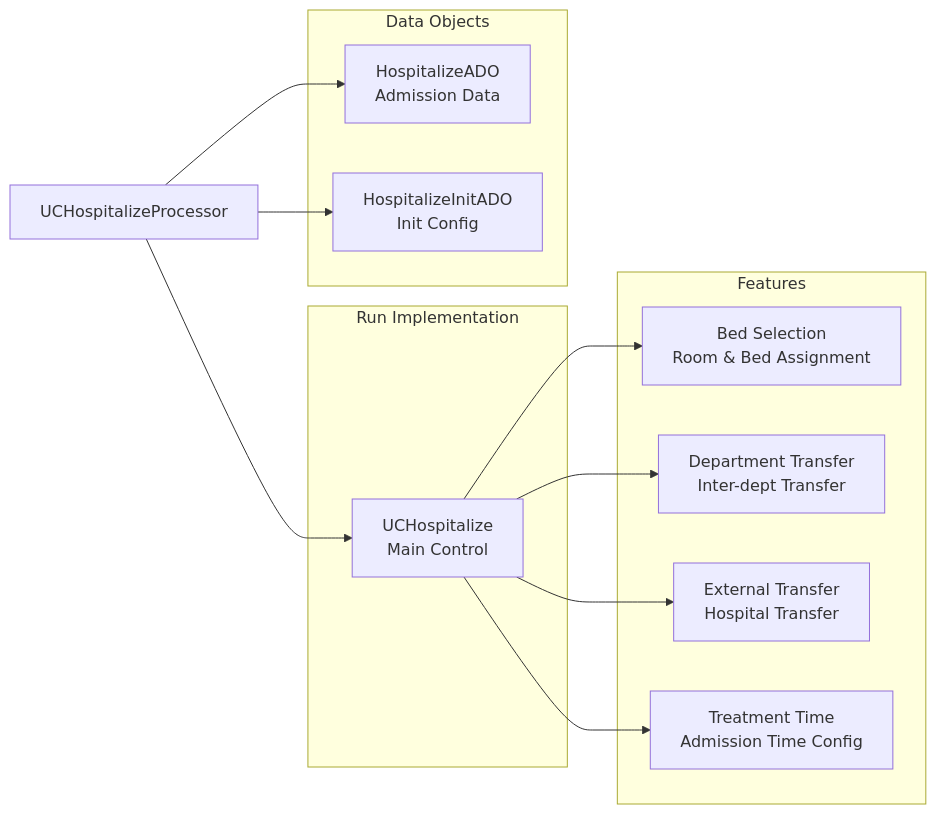
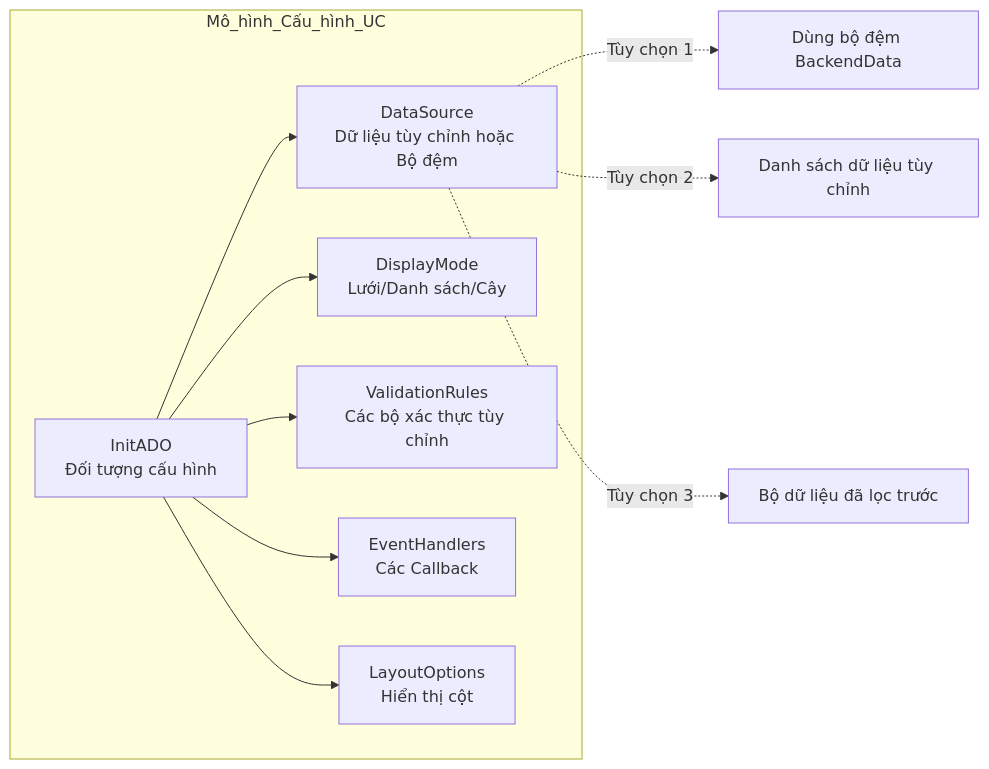
One commit to thangpnb/HIS changed diagram 19 of 20 in docs/his-ba-documentation/02-modules/uc-controls/form-type-controls.md. Above: the diagram before and after it, drawn with Mermaid. The commit also changed other lines of this file and 30 other files, not shown here.

Commit message:
Refactor architecture docs and update translations

````diff
--- a/docs/his-ba-documentation/02-modules/uc-controls/form-type-controls.md
+++ b/docs/his-ba-documentation/02-modules/uc-controls/form-type-controls.md
@@ -1134,29 +1973,21 @@
 ```mermaid
 graph LR
-    Processor["UCHospitalizeProcessor"]
-    
-    subgraph "Run Implementation"
-        UCHospitalize["UCHospitalize<br/>Main Control"]
+    subgraph "Mô_hình_Cấu_hình_UC"
+        InitADO["InitADO<br/>Đối tượng cấu hình"]
+        DataSource["DataSource<br/>Dữ liệu tùy chỉnh hoặc Bộ đệm"]
+        DisplayMode["DisplayMode<br/>Lưới/Danh sách/Cây"]
+        ValidationRules["ValidationRules<br/>Các bộ xác thực tùy chỉnh"]
+        EventHandlers["EventHandlers<br/>Các Callback"]
+        LayoutOptions["LayoutOptions<br/>Hiển thị cột"]
     end
     
-    subgraph "Data Objects"
-        HospitalizeADO["HospitalizeADO<br/>Admission Data"]
-        HospitalizeInitADO["HospitalizeInitADO<br/>Init Config"]
-    end
+    InitADO --> DataSource
+    InitADO --> DisplayMode
+    InitADO --> ValidationRules
+    InitADO --> EventHandlers
+    InitADO --> LayoutOptions
     
-    subgraph "Features"
-        BedSelection["Bed Selection<br/>Room & Bed Assignment"]
-        DepartmentTransfer["Department Transfer<br/>Inter-dept Transfer"]
-        ExternalTransfer["External Transfer<br/>Hospital Transfer"]
-        TreatmentTimeConfig["Treatment Time<br/>Admission Time Config"]
-    end
-    
-    Processor --> UCHospitalize
-    Processor --> HospitalizeADO
-    Processor --> HospitalizeInitADO
-    
-    UCHospitalize --> BedSelection
-    UCHospitalize --> DepartmentTransfer
-    UCHospitalize --> ExternalTransfer
-    UCHospitalize --> TreatmentTimeConfig
+    DataSource -.->|"Tùy chọn 1"| Cache["Dùng bộ đệm BackendData"]
+    DataSource -.->|"Tùy chọn 2"| Custom["Danh sách dữ liệu tùy chỉnh"]
+    DataSource -.->|"Tùy chọn 3"| Filtered["Bộ dữ liệu đã lọc trước"]
 ```
````
